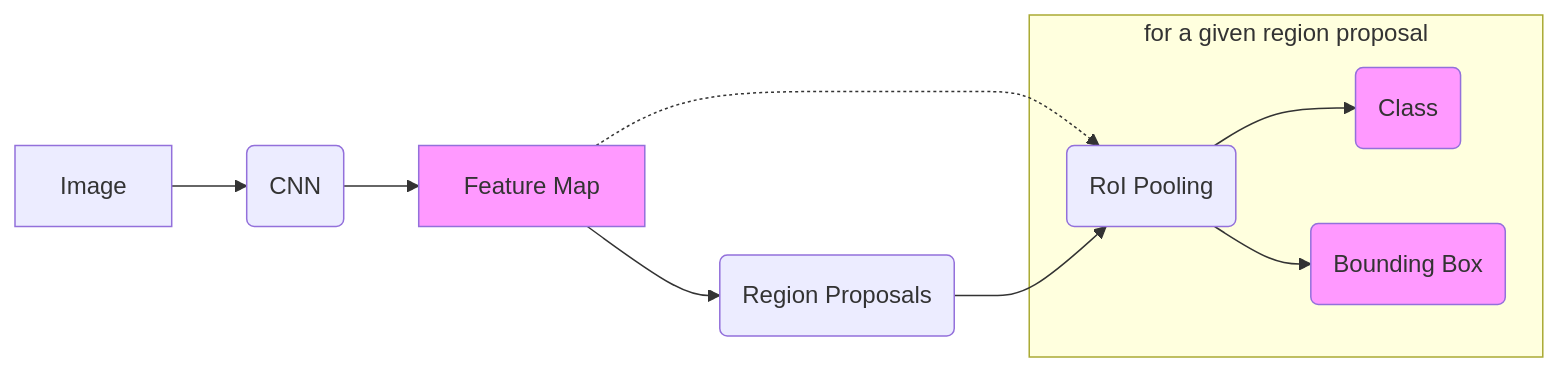
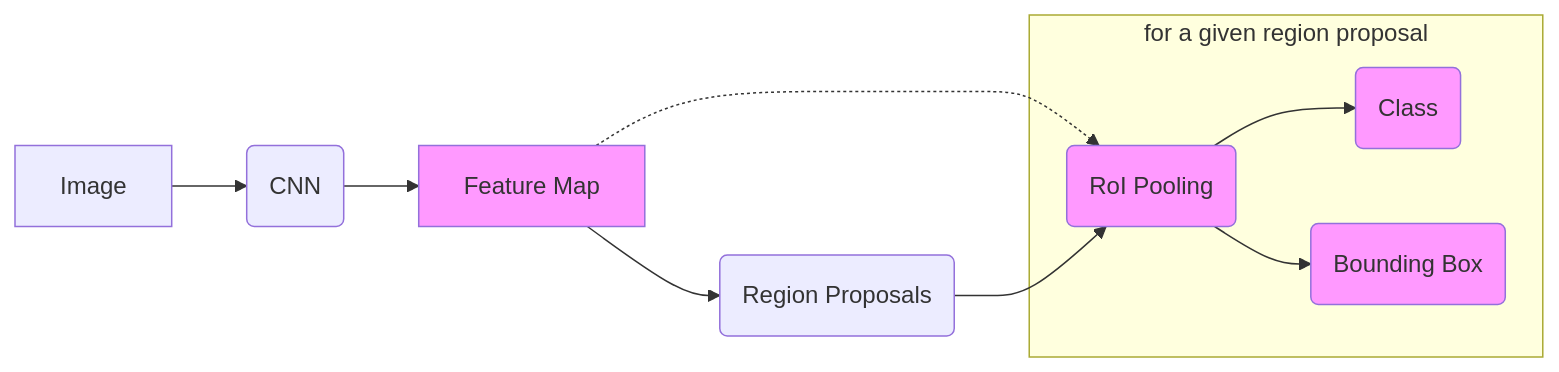
One commit to rzadp/badminton-monorepo changed the diagram in thesis/chapters/podejscie/mask_r-cnn/fast_r-cnn.mmd. Above: the diagram before and after it, drawn with Mermaid. The commit also changed 8 other files, not shown here.

```diff
--- a/thesis/chapters/podejscie/mask_r-cnn/fast_r-cnn.mmd
+++ b/thesis/chapters/podejscie/mask_r-cnn/fast_r-cnn.mmd
@@ -1,32 +1,33 @@
 graph LR
 
 %% ...::: NODES :::...
 
 input[Image]
 cnn(CNN)
 feature_map[Feature Map]
 rpn(Region Proposals)
 roi(RoI Pooling)
 
 clas(Class)
 bounding_box(Bounding Box)
 
 %% ...::: STYLING :::...
 
 %% style input fill:#bddaff,stroke:#4294ff
+style roi fill:#f9f
 style feature_map fill:#f9f
 style clas fill:#f9f
 style bounding_box fill:#f9f
 
 %% ...::: FLOWS :::...
 
 input-->cnn
 cnn-->feature_map
 feature_map-->rpn
 
 feature_map-.->roi
 rpn-->roi
 subgraph for a given region proposal
   roi-->clas
   roi-->bounding_box
 end
```
